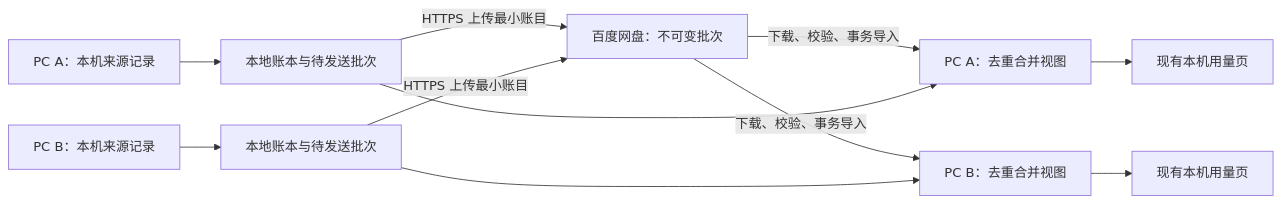
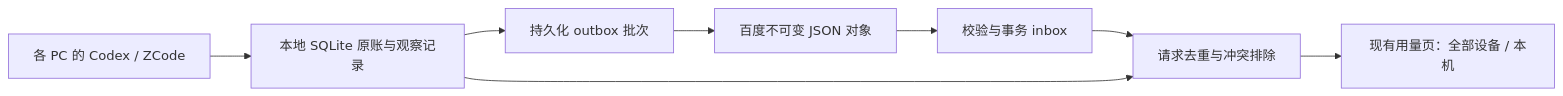
Before and after one commit to bandit0x/QuoDex: the diagram in docs/research/remote-record/README.md, drawn with Mermaid. The commit also changed other lines of this file and 32 other files, not shown here.

````diff
--- a/docs/research/remote-record/README.md
+++ b/docs/research/remote-record/README.md
@@ -34,13 +32,10 @@
 ```mermaid
 flowchart LR
-  A[PC A：本机来源记录] --> AL[本地账本与待发送批次]
-  B[PC B：本机来源记录] --> BL[本地账本与待发送批次]
-  AL -->|HTTPS 上传最小账目| C[百度网盘：不可变批次]
-  BL -->|HTTPS 上传最小账目| C
-  C -->|下载、校验、事务导入| AR[PC A：去重合并视图]
-  C -->|下载、校验、事务导入| BR[PC B：去重合并视图]
-  AL --> AR
-  BL --> BR
-  AR --> AU[现有本机用量页]
-  BR --> BU[现有本机用量页]
+  A[各 PC 的 Codex / ZCode] --> B[本地 SQLite 原账与观察记录]
+  B --> C[持久化 outbox 批次]
+  C --> D[百度不可变 JSON 对象]
+  D --> E[校验与事务 inbox]
+  E --> F[请求去重与冲突排除]
+  B --> F
+  F --> G[现有用量页：全部设备 / 本机]
 ```
````
